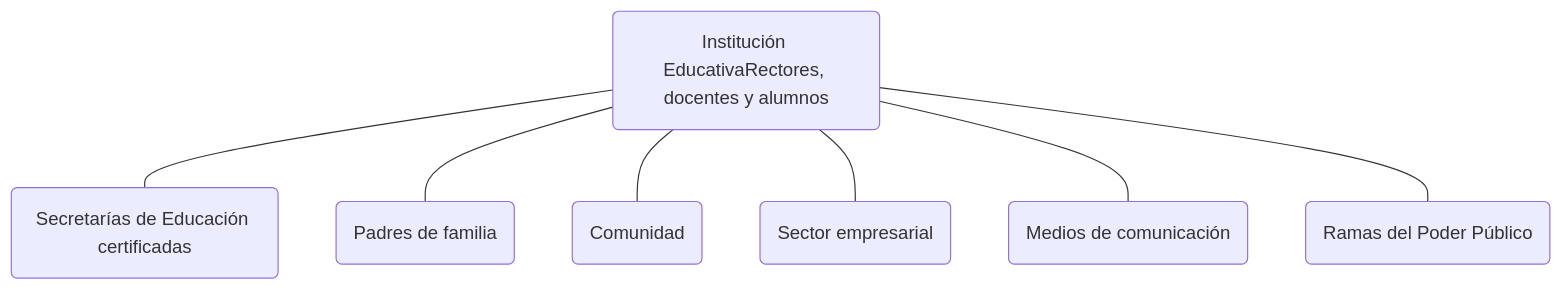
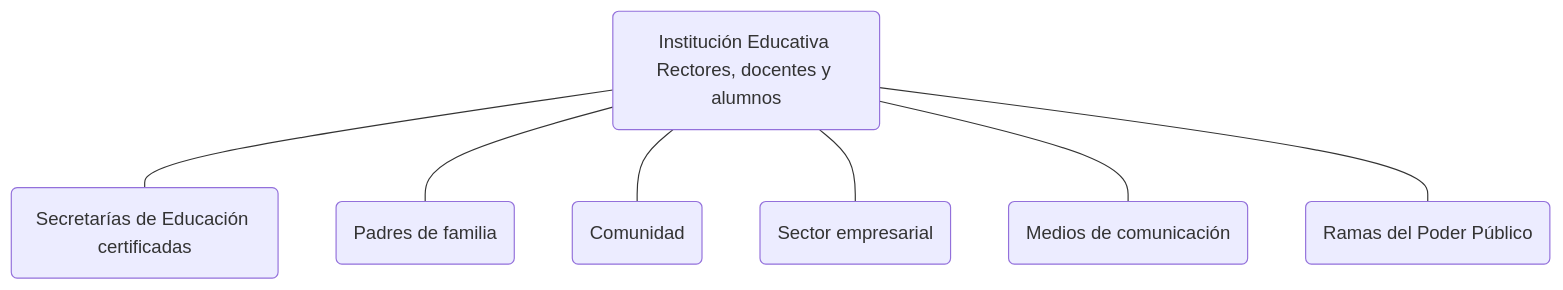
The diagram in documents/colombia/r2e002/34f1b2e352abe5b2c883019924ef6a7750e8f828/document.md (cjangrist/unesco-observatory-on-the-right-to-education), drawn with Mermaid before and after one commit. The commit also changed other lines of this file, not shown here.

````diff
--- a/documents/colombia/r2e002/34f1b2e352abe5b2c883019924ef6a7750e8f828/document.md
+++ b/documents/colombia/r2e002/34f1b2e352abe5b2c883019924ef6a7750e8f828/document.md
@@ -368,17 +370,17 @@
 ```mermaid
 graph TD
-    IE("Institución EducativaRectores, docentes y alumnos")
+    IE("Institución Educativa Rectores, docentes y alumnos")
     SEC("Secretarías de Educación certificadas")
     PF("Padres de familia")
     COM("Comunidad")
     SE("Sector empresarial")
     MC("Medios de comunicación")
     RPP("Ramas del Poder Público")
 
     IE --- SEC
     IE --- PF
     IE --- COM
     IE --- SE
     IE --- MC
     IE --- RPP
 ```
````
